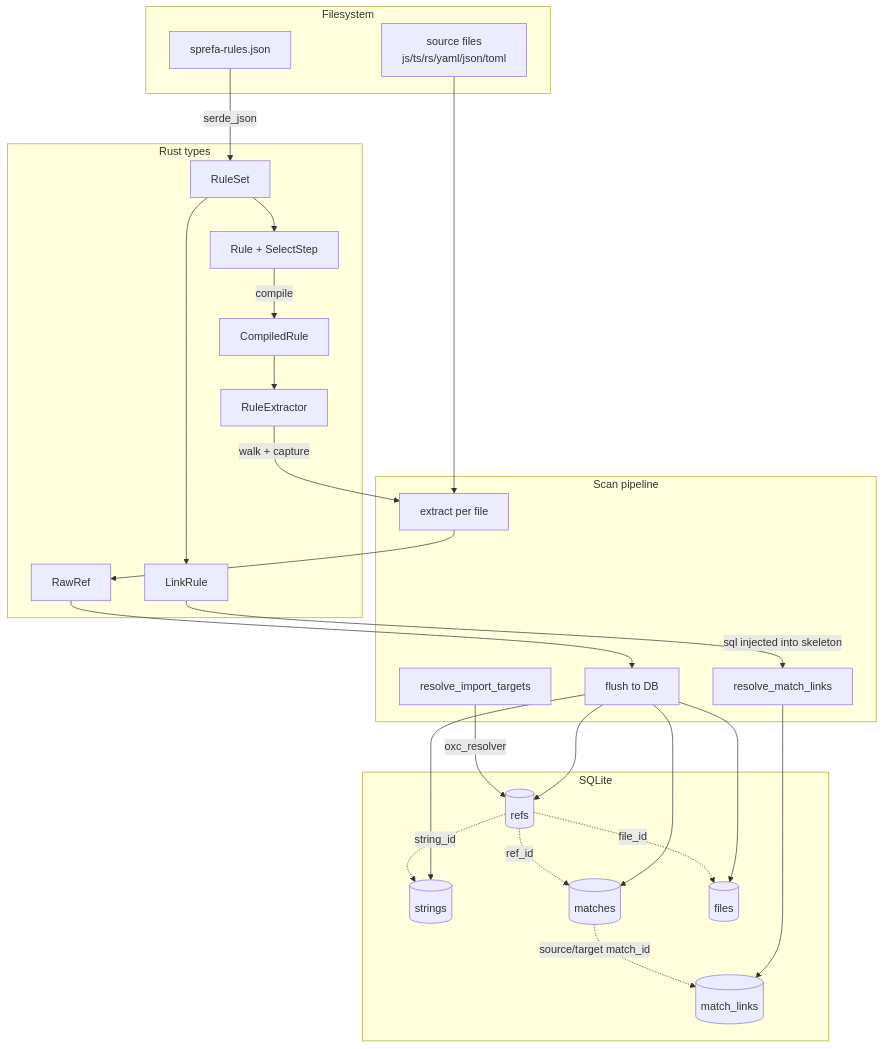
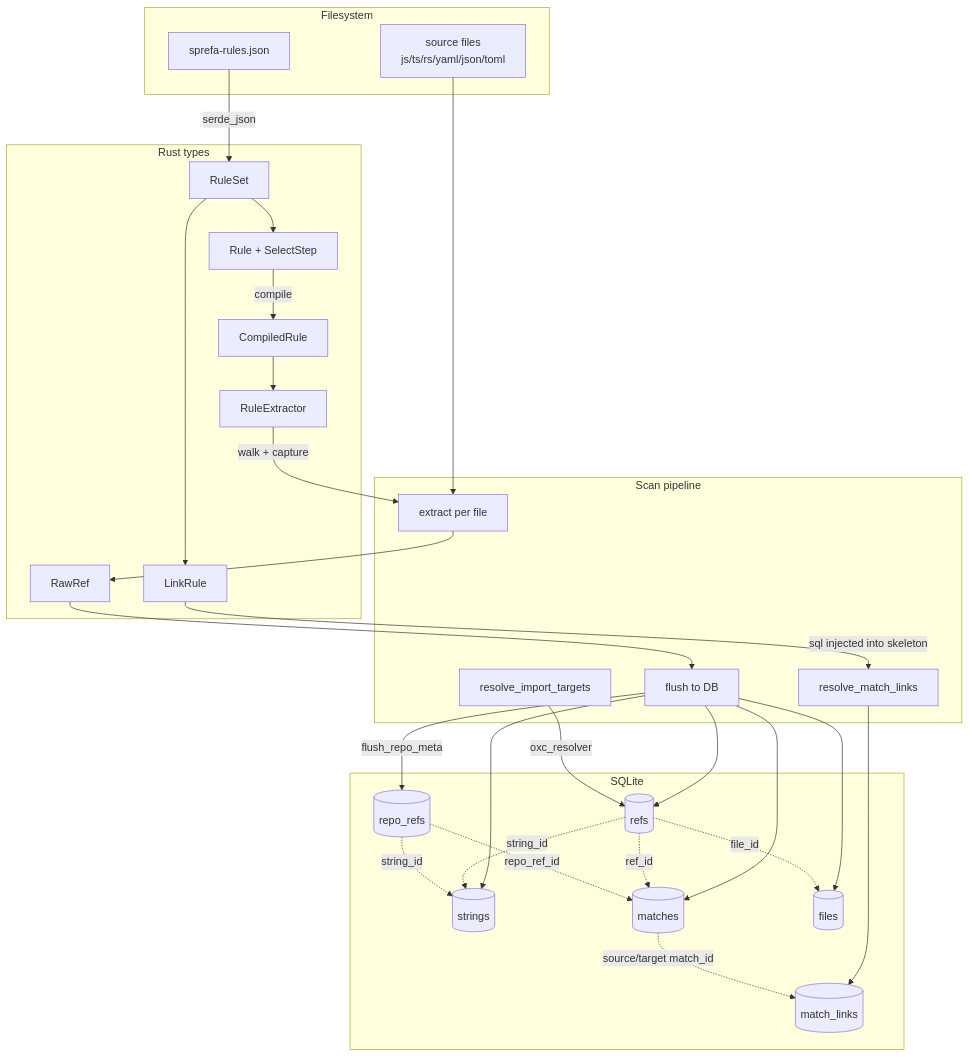
One commit to hafley66/sprefa changed the diagram in README.md. Above: the diagram before and after it, drawn with Mermaid. The commit also changed other lines of this file and 11 other files, not shown here.

````diff
--- a/README.md
+++ b/README.md
@@ -344,56 +391,60 @@
 ```mermaid
 graph TD
     subgraph FS["Filesystem"]
         RF[sprefa-rules.json]
         SRC[source files<br/>js/ts/rs/yaml/json/toml]
     end
 
     subgraph RUST["Rust types"]
         RS[RuleSet]
         R[Rule + SelectStep]
         LR[LinkRule]
         CE[CompiledRule]
         RE[RuleExtractor]
         RR[RawRef]
     end
 
     subgraph SCAN["Scan pipeline"]
         EX[extract per file]
         FL[flush to DB]
         RIT[resolve_import_targets]
         RML[resolve_match_links]
     end
 
     subgraph DB["SQLite"]
         STR[(strings)]
         REF[(refs)]
+        RRF[(repo_refs)]
         MAT[(matches)]
         ML[(match_links)]
         FIL[(files)]
     end
 
     RF -->|serde_json| RS
     RS --> R
     RS --> LR
     R -->|compile| CE
     CE --> RE
 
     SRC --> EX
     RE -->|walk + capture| EX
     EX --> RR
     RR --> FL
 
     FL --> STR
     FL --> REF
     FL --> MAT
     FL --> FIL
+    FL -->|flush_repo_meta| RRF
 
     RIT -->|oxc_resolver| REF
     LR -->|sql injected into skeleton| RML
     RML --> ML
 
     REF -.->|ref_id| MAT
+    RRF -.->|repo_ref_id| MAT
     MAT -.->|source/target match_id| ML
     REF -.->|string_id| STR
+    RRF -.->|string_id| STR
     REF -.->|file_id| FIL
 ```
````
